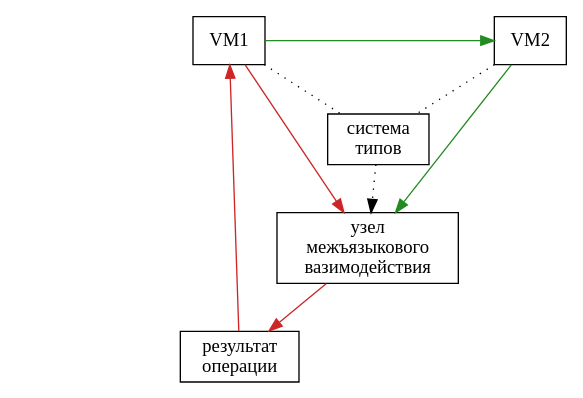
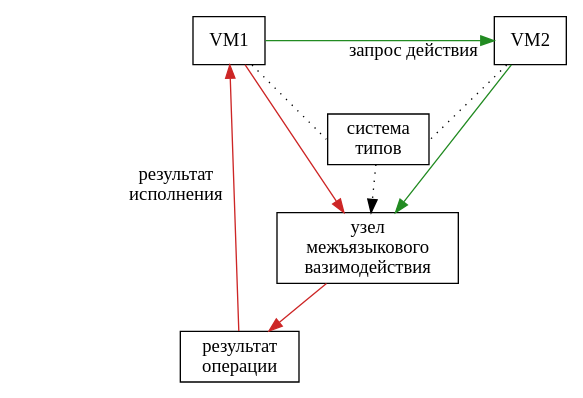
One commit to kp2pml30/bachelor-thesis changed the diagram in res/dot/architecture-sample.dot. Above: the diagram before and after it, drawn with Graphviz. The commit also changed 5 other files, not shown here.

```diff
--- a/res/dot/architecture-sample.dot
+++ b/res/dot/architecture-sample.dot
@@ -1,40 +1,41 @@
 digraph G {
 	node [shape=rect];
 	rankdir = TD;
 	splines=false;
 	rank1 [style=invisible];
 	rank2 [style=invisible];
 	rank3 [style=invisible];
 	rank1 -> rank2 -> rank3 [style=invis];
 
 	VM1; TypeSys[label="система\nтипов"]; VM2;
 	Nodee[label="узел\nмежъязыкового\nвазимодействия"];
 	balancer [style=invis, label="типоваятиповая\nсистемасистема"];
 
 	{
 		rank = same;
-		rank1 -> VM1-> balancer -> VM2 [style=invis];
+		rank1 -> VM1 -> balancer -> VM2 [style=invis];
 	}
 	{
 		rank = same;
 		r2bal1 [style=invisible];
 		r2bal3 [style=invisible];
 		rank2 -> r2bal1 -> Nodee -> r2bal3 [style=invis];
 	}
 	{
 		rank = same;
 		r3bal2 [style=invisible];
 		r3bal3 [style=invisible];
 		rank3 -> Data -> r3bal2 -> r3bal3 [style=invis];
 	}
 	Data[label="результат\nоперации"];
-	Data-> VM1[color=firebrick3];
-	VM1 -> TypeSys [style=dotted, arrowhead=none];
-	VM1 -> VM2 [color=forestgreen];
-	VM2 -> TypeSys [style=dotted, arrowhead=none];
+	Data-> VM1[color=firebrick3, xlabel="результат\nисполнения"];
+	VM1 -> TypeSys:w [style=dotted, arrowhead=none];
+	VM1 -> VM2 [color=forestgreen, xlabel="запрос действия"];
+	VM2 -> TypeSys:e [style=dotted, arrowhead=none];
 	TypeSys -> Nodee [style=dotted];
 	VM2 -> Nodee[color=forestgreen];
 	//{rank=same; VM1; VM2}
-	VM1-> Nodee [color=firebrick3];
+	VM1 -> Nodee [color=firebrick3];
 	Nodee -> Data[color=firebrick3];
+
 }
```
